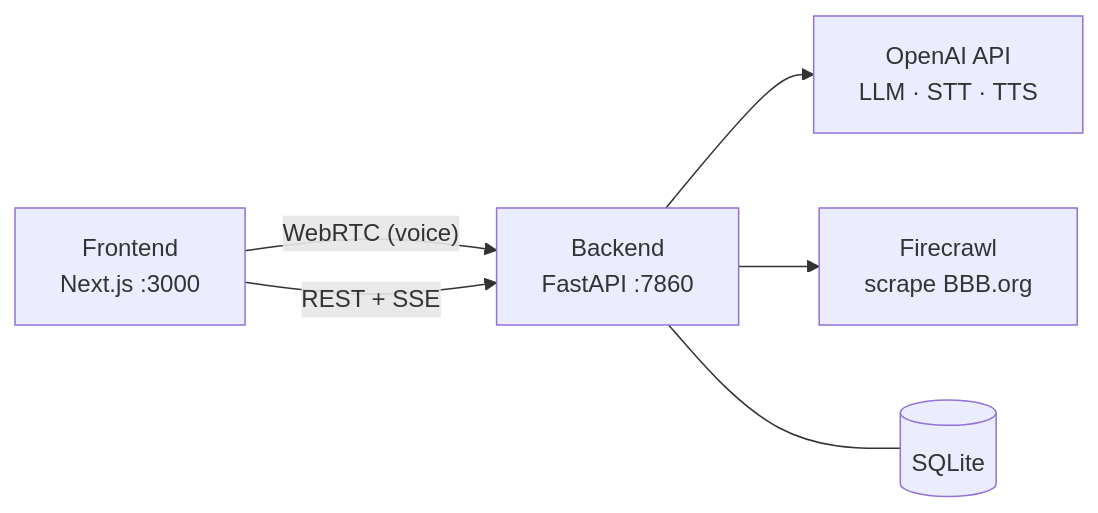
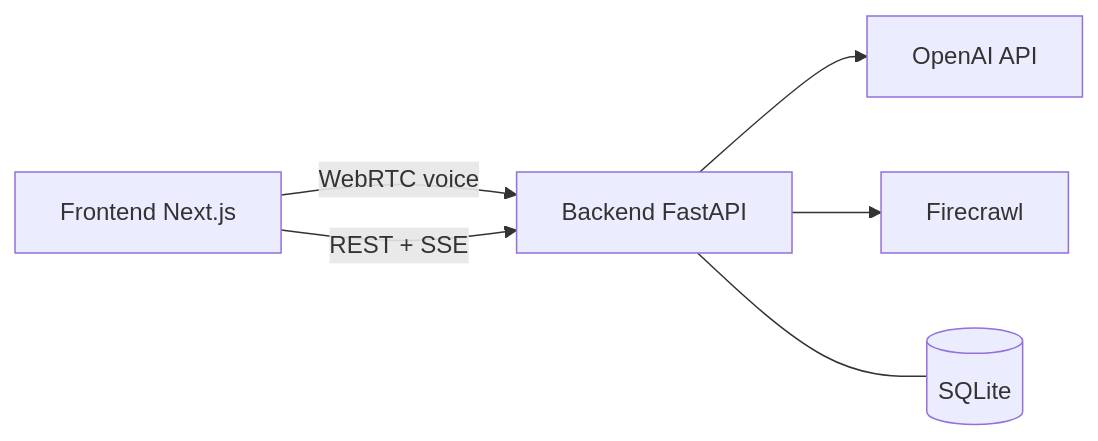
One commit to omavashia2005/tavi-assessment changed the diagram in README.md. Above: the diagram before and after it, drawn with Mermaid. The commit also changed 2 other files, not shown here.

Commit message:
fixed mermaid diagrams

````diff
--- a/README.md
+++ b/README.md
@@ -7,14 +7,8 @@
 ```mermaid
 graph LR
-  FE["Frontend<br/>Next.js :3000"]
-  BE["Backend<br/>FastAPI :7860"]
-  OAI["OpenAI API<br/>LLM · STT · TTS"]
-  FC["Firecrawl<br/>scrape BBB.org"]
-  DB[("SQLite")]
-
-  FE -- "WebRTC (voice)" --> BE
-  FE -- "REST + SSE" --> BE
-  BE --> OAI
-  BE --> FC
-  BE --- DB
+  FE[Frontend Next.js] -- WebRTC voice --> BE[Backend FastAPI]
+  FE -- REST + SSE --> BE
+  BE --> OAI[OpenAI API]
+  BE --> FC[Firecrawl]
+  BE --- DB[(SQLite)]
 ```
````
